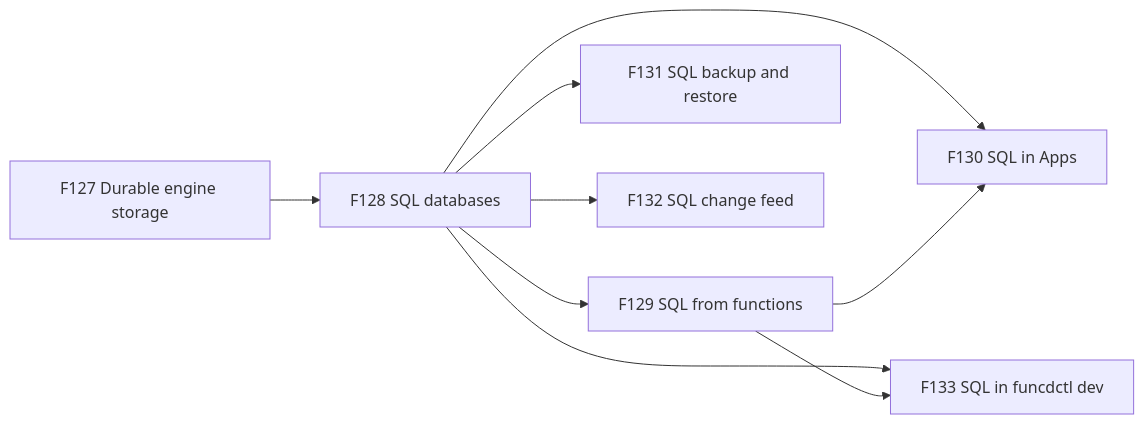
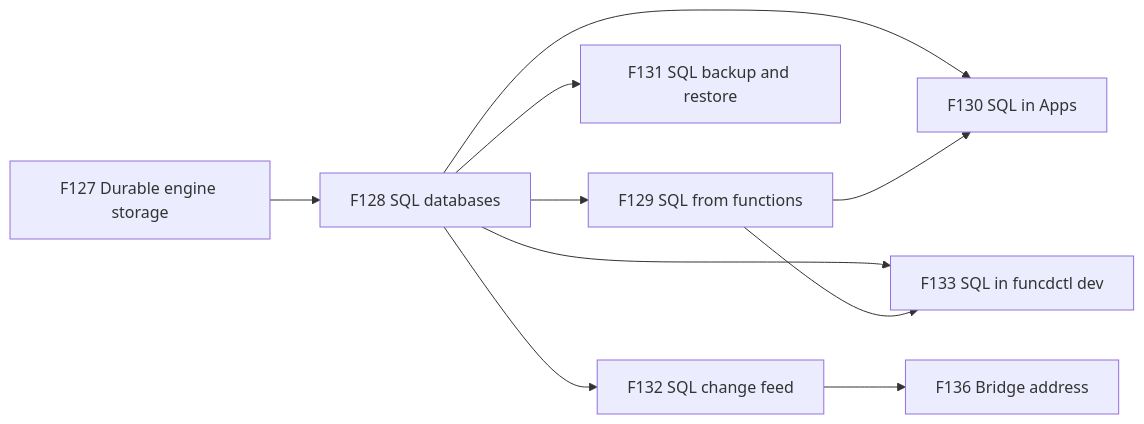
The first of 2 diagrams in docs/feat/0011-feat-sql.md (pyvvo/funcd), drawn with Mermaid before and after one commit. The commit also changed other lines of this file and 1 other file, not shown here.

First line of the commit message:
docs(adr): propose ADR-0238, the container bridge address (FEAT-0011/F136)

````diff
--- a/docs/feat/0011-feat-sql.md
+++ b/docs/feat/0011-feat-sql.md
@@ -42,11 +43,12 @@
 ```mermaid
 flowchart LR
     F127["F127 Durable engine storage"] --> F128["F128 SQL databases"]
     F128 --> F129["F129 SQL from functions"]
     F128 --> F131["F131 SQL backup and restore"]
     F128 --> F132["F132 SQL change feed"]
     F128 --> F130["F130 SQL in Apps"]
     F129 --> F130
     F128 --> F133["F133 SQL in funcdctl dev"]
     F129 --> F133
+    F132 --> F136["F136 Bridge address"]
 ```
````
